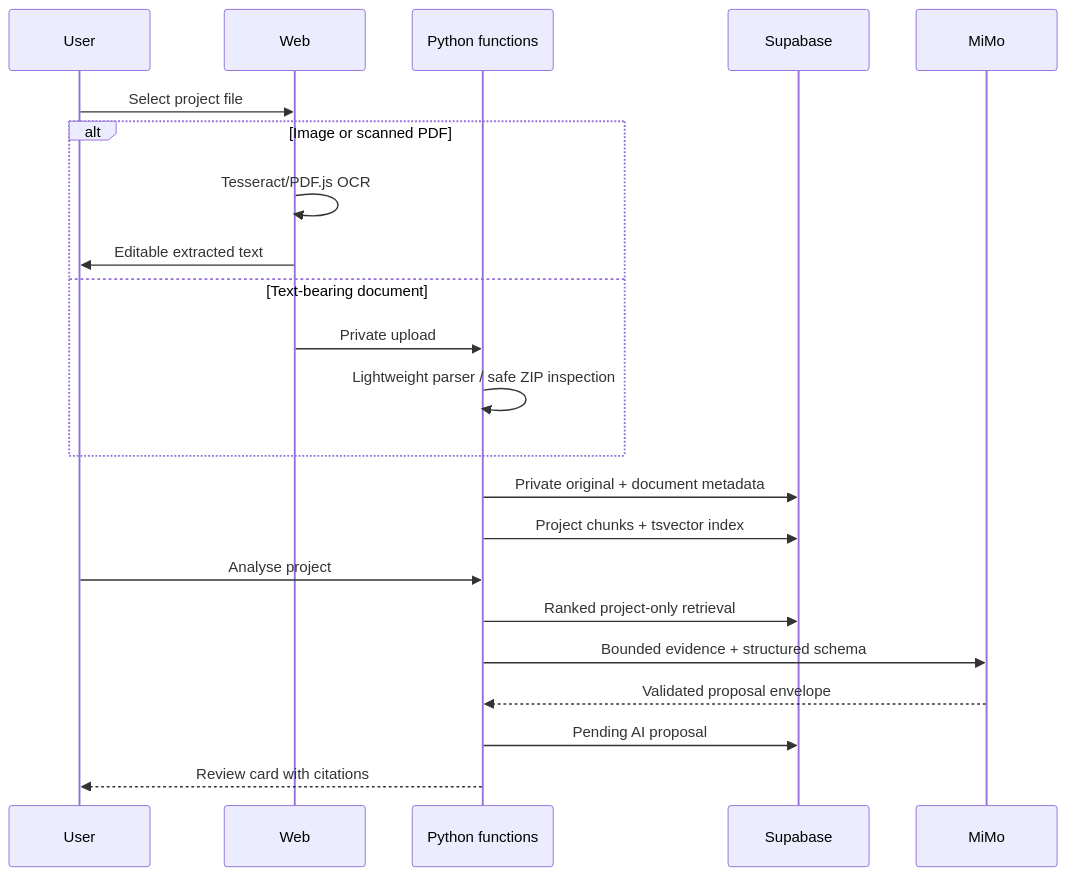
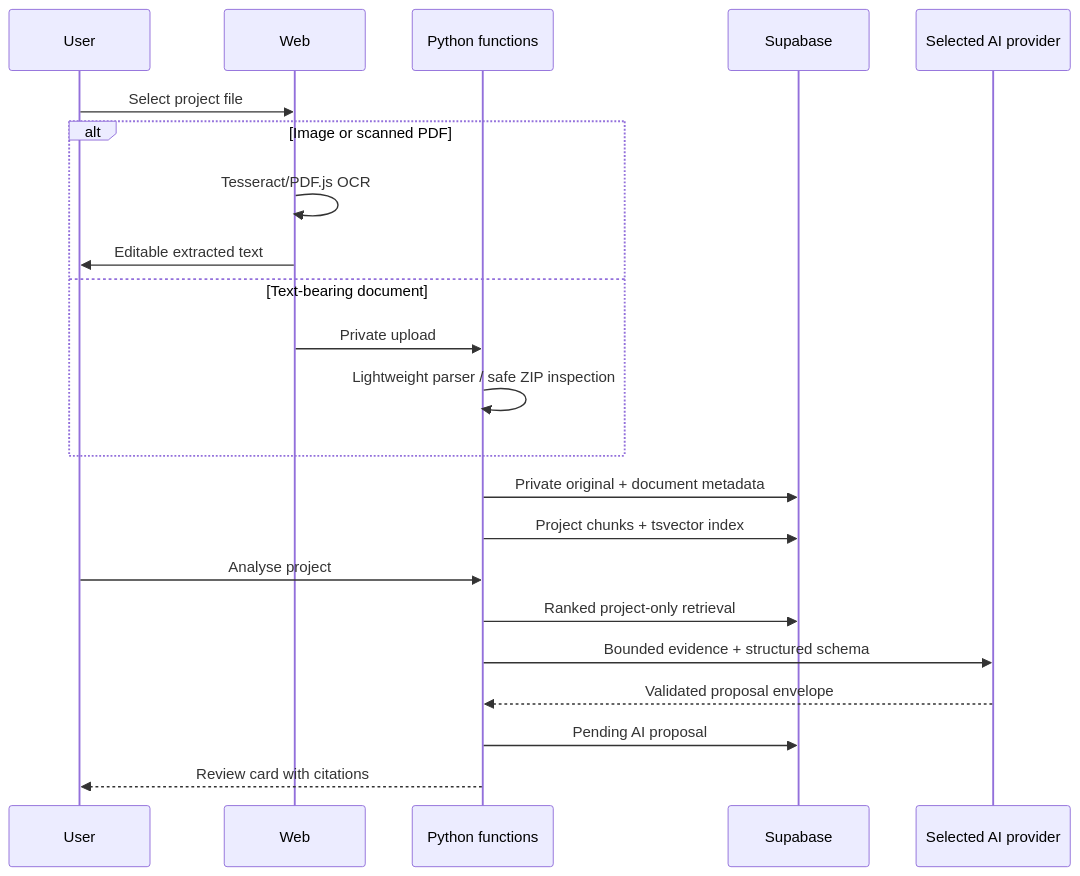
The third of 3 diagrams in ARCHITECTURE.md (yucodings/ai_personal_scheduler_v2), drawn with Mermaid before and after one commit. The commit also changed other lines of this file and 20 other files, not shown here.

````diff
--- a/ARCHITECTURE.md
+++ b/ARCHITECTURE.md
@@ -46,24 +46,24 @@
 ```mermaid
 sequenceDiagram
   participant U as User
   participant W as Web
   participant P as Python functions
   participant S as Supabase
-  participant M as MiMo
+  participant M as Selected AI provider
   U->>W: Select project file
   alt Image or scanned PDF
     W->>W: Tesseract/PDF.js OCR
     W->>U: Editable extracted text
   else Text-bearing document
     W->>P: Private upload
     P->>P: Lightweight parser / safe ZIP inspection
   end
   P->>S: Private original + document metadata
   P->>S: Project chunks + tsvector index
   U->>P: Analyse project
   P->>S: Ranked project-only retrieval
   P->>M: Bounded evidence + structured schema
   M-->>P: Validated proposal envelope
   P->>S: Pending AI proposal
   P-->>U: Review card with citations
 ```
````
